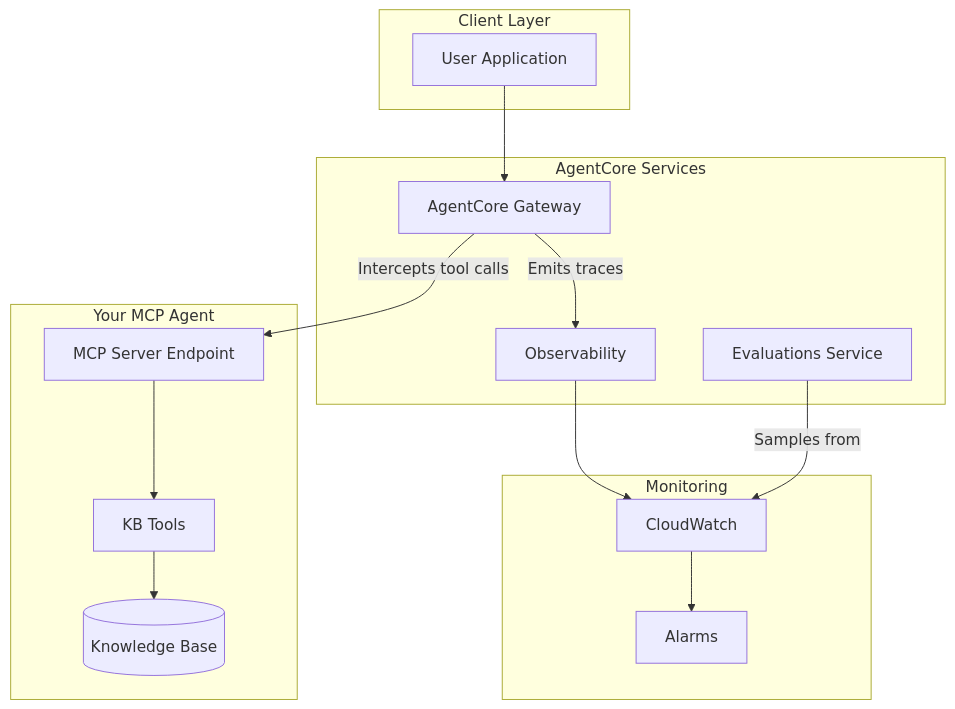
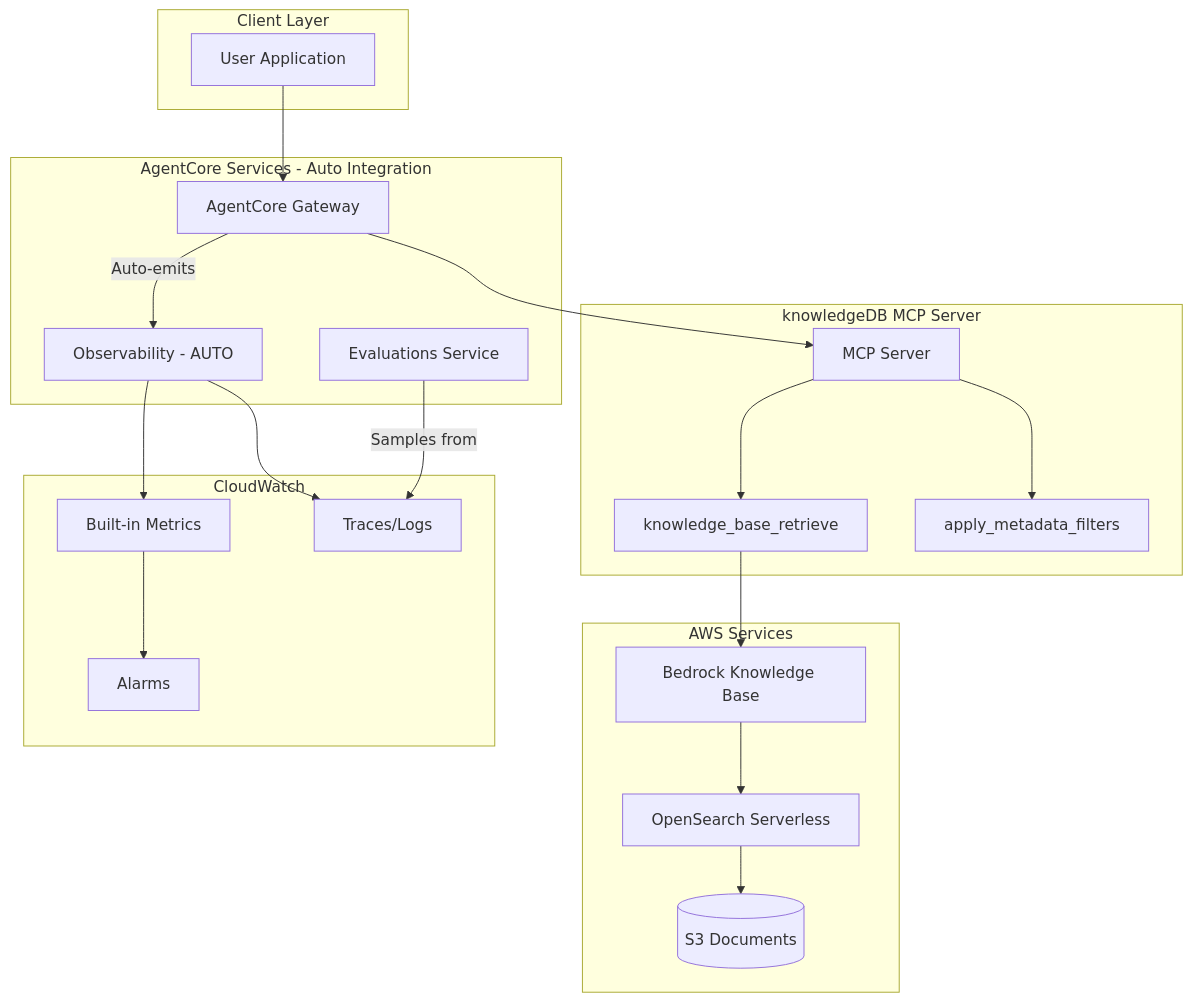
One commit to JKevinXu/eval changed the diagram in docs/agentcore-evaluation-design.md. Above: the diagram before and after it, drawn with Mermaid. The commit also changed other lines of this file, not shown here.

Commit message:
Enhance AgentCore evaluation design document with detailed Gateway auto-integration section, including observability features, architecture updates, and custom evaluator configurations for knowledgeDB. Update log schema and implementation steps for clarity and completeness.

````diff
--- a/docs/agentcore-evaluation-design.md
+++ b/docs/agentcore-evaluation-design.md
@@ -12,31 +33,41 @@
 ```mermaid
 flowchart TB
     subgraph client [Client Layer]
         UserApp[User Application]
     end
     
-    subgraph agentcore [AgentCore Services]
+    subgraph agentcore [AgentCore Services - Auto Integration]
         Gateway[AgentCore Gateway]
-        Observability[Observability]
+        Observability[Observability - AUTO]
         Evaluations[Evaluations Service]
     end
     
-    subgraph mcp [Your MCP Agent]
-        MCPEndpoint[MCP Server Endpoint]
-        KBTools[KB Tools]
-        KnowledgeBase[(Knowledge Base)]
+    subgraph knowledgedb [knowledgeDB MCP Server]
+        MCPEndpoint[MCP Server]
+        RetrieveTool[knowledge_base_retrieve]
+        FilterTool[apply_metadata_filters]
     end
     
-    subgraph monitoring [Monitoring]
-        CloudWatch[CloudWatch]
+    subgraph aws [AWS Services]
+        BedrockKB[Bedrock Knowledge Base]
+        OpenSearch[OpenSearch Serverless]
+        S3[(S3 Documents)]
+    end
+    
+    subgraph monitoring [CloudWatch]
+        Metrics[Built-in Metrics]
+        Logs[Traces/Logs]
         Alarms[Alarms]
     end
     
     UserApp --> Gateway
-    Gateway -->|"Intercepts tool calls"| MCPEndpoint
-    MCPEndpoint --> KBTools --> KnowledgeBase
-    Gateway -->|"Emits traces"| Observability
-    Observability --> CloudWatch
-    Evaluations -->|"Samples from"| CloudWatch
-    CloudWatch --> Alarms
+    Gateway --> MCPEndpoint
+    MCPEndpoint --> RetrieveTool --> BedrockKB
+    MCPEndpoint --> FilterTool
+    BedrockKB --> OpenSearch --> S3
+    Gateway -->|"Auto-emits"| Observability
+    Observability --> Metrics
+    Observability --> Logs
+    Evaluations -->|"Samples from"| Logs
+    Metrics --> Alarms
 ```
````
